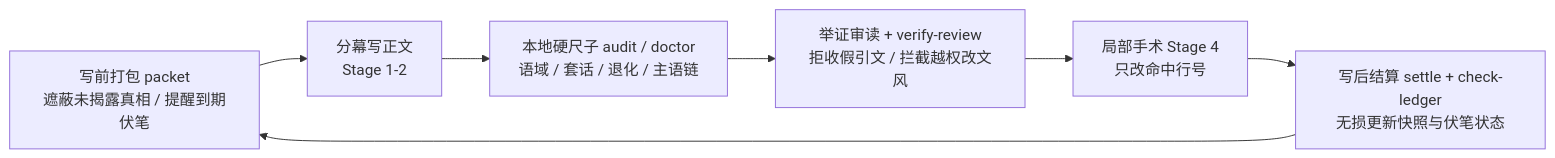
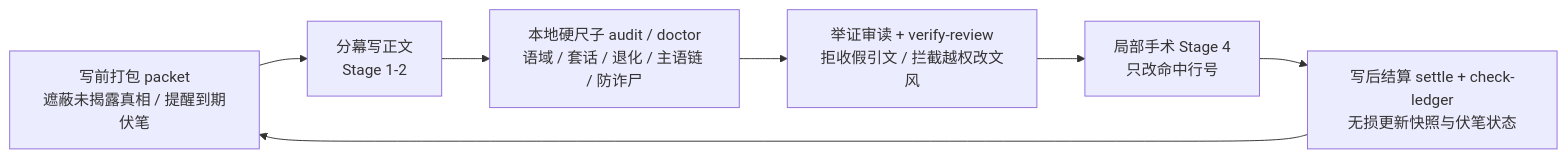
One commit to blankym/inkbone changed the diagram in skills/inkbone/README.md. Above: the diagram before and after it, drawn with Mermaid. The commit also changed other lines of this file and 2 other files, not shown here.

````diff
--- a/skills/inkbone/README.md
+++ b/skills/inkbone/README.md
@@ -40,9 +64,9 @@
 ```mermaid
 flowchart LR
     A["写前打包 packet<br/>遮蔽未揭露真相 / 提醒到期伏笔"] --> B["分幕写正文<br/>Stage 1-2"]
-    B --> C["本地硬尺子 audit / doctor<br/>语域 / 套话 / 退化 / 主语链"]
+    B --> C["本地硬尺子 audit / doctor<br/>语域 / 套话 / 退化 / 主语链 / 防诈尸"]
     C --> D["举证审读 + verify-review<br/>拒收假引文 / 拦截越权改文风"]
     D --> E["局部手术 Stage 4<br/>只改命中行号"]
     E --> F["写后结算 settle + check-ledger<br/>无损更新快照与伏笔状态"]
     F --> A
 ```
````
